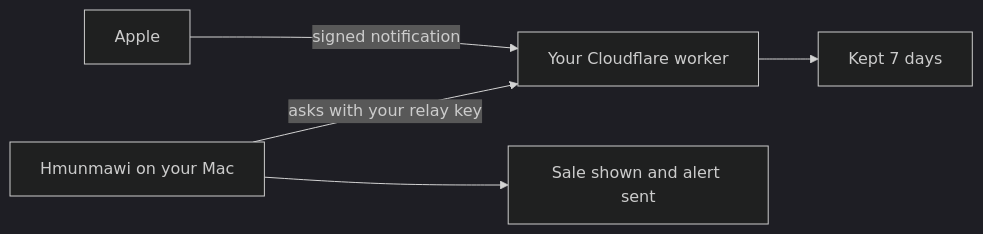
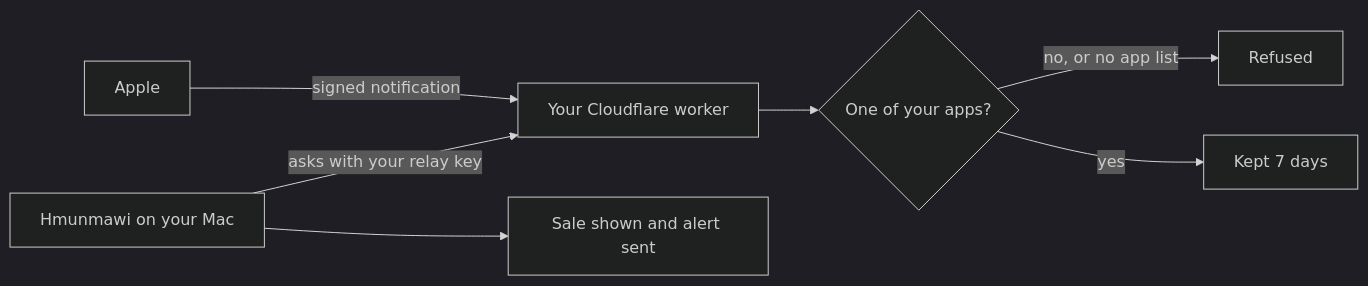
One commit to priyevsingh/hmunmawi changed the first of 2 diagrams in docs/ASC-WEBHOOK-RELAY.md. Above: the diagram before and after it, drawn with Mermaid (dark theme). The commit also changed other lines of this file and 28 other files, not shown here.

````diff
--- a/docs/ASC-WEBHOOK-RELAY.md
+++ b/docs/ASC-WEBHOOK-RELAY.md
@@ -17,7 +17,9 @@
 ```mermaid
 flowchart LR
     A["Apple"] -->|"signed notification"| W["Your Cloudflare worker"]
-    W --> K["Kept 7 days"]
+    W --> B{"One of your apps?"}
+    B -->|"no, or no app list"| N["Refused"]
+    B -->|yes| K["Kept 7 days"]
     M["Hmunmawi on your Mac"] -->|"asks with your relay key"| W
     M --> Y["Sale shown and alert sent"]
 ```
````
